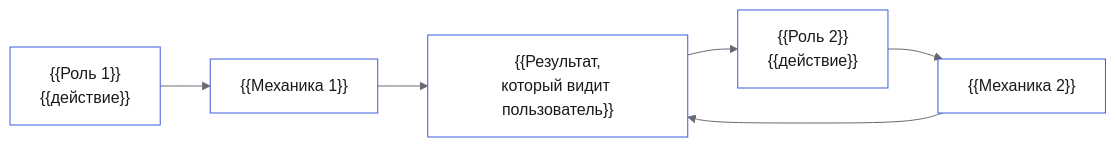
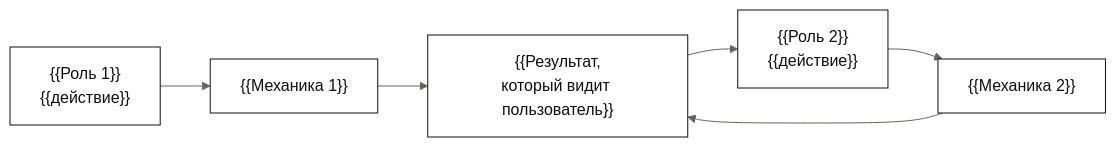
Before and after one commit to GoatWhistle/innoglobal: the first of 3 diagrams in docs/architecture.md, drawn with Mermaid. The commit also changed other lines of this file and 47 other files, not shown here.

````diff
--- a/docs/architecture.md
+++ b/docs/architecture.md
@@ -15,9 +15,9 @@
 ```mermaid
-%%{init: {"theme":"base","themeVariables":{"primaryColor":"#ffffff","primaryTextColor":"#1a1a1e","primaryBorderColor":"#3d5bd9","secondaryColor":"#ececee","tertiaryColor":"#f6f6f7","lineColor":"#686872","textColor":"#1a1a1e","noteBkgColor":"#ececee","noteTextColor":"#54545c","actorBkg":"#ffffff","actorBorder":"#3d5bd9","fontFamily":"Inter Variable"}}}%%
+%%{init: {"theme":"base","themeVariables":{"primaryColor":"#ffffff","primaryTextColor":"#0f0e0d","primaryBorderColor":"#0f0e0d","secondaryColor":"#f0efed","tertiaryColor":"#f7f6f4","lineColor":"#65615c","textColor":"#0f0e0d","noteBkgColor":"#f0efed","noteTextColor":"#555451","actorBkg":"#ffffff","actorBorder":"#0f0e0d","fontFamily":"Onest Variable"}}}%%
 flowchart LR
     U1["{{Роль 1}}<br/>{{действие}}"] --> M1["{{Механика 1}}"]
     U2["{{Роль 2}}<br/>{{действие}}"] --> M2["{{Механика 2}}"]
     M1 --> R["{{Результат,<br/>который видит пользователь}}"]
     M2 --> R
     R --> U2
 ```
````
